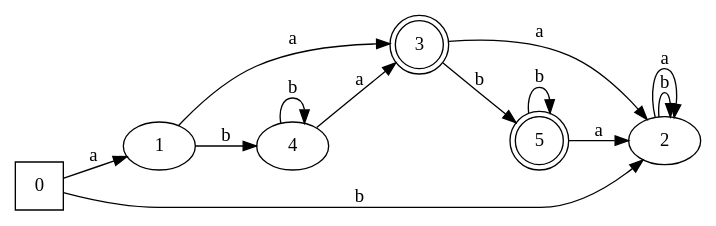
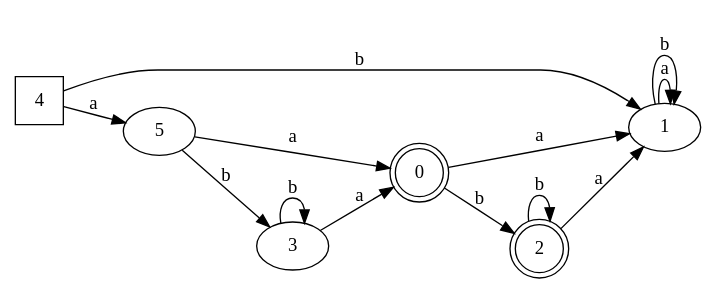
The diagram in graphs/afd/a.(b)*.a.(b)*.dot (jav-ram/compis1), drawn with Graphviz before and after one commit. The commit also changed 34 other files, not shown here.

```diff
--- a/graphs/afd/a.(b)*.a.(b)*.dot
+++ b/graphs/afd/a.(b)*.a.(b)*.dot
@@ -1,22 +1,22 @@
 digraph G {
 	rankdir=LR;
 	0->1[ label=a ];
 	0->2[ label=b ];
-	1->3[ label=a ];
-	1->4[ label=b ];
+	3->3[ label=b ];
+	3->0[ label=a ];
+	2->1[ label=a ];
 	2->2[ label=b ];
-	2->2[ label=a ];
-	3->2[ label=a ];
-	3->5[ label=b ];
-	4->3[ label=a ];
-	4->4[ label=b ];
-	5->2[ label=a ];
-	5->5[ label=b ];
-	0 [ shape=square ];
+	4->5[ label=a ];
+	4->1[ label=b ];
+	5->0[ label=a ];
+	5->3[ label=b ];
+	1->1[ label=a ];
+	1->1[ label=b ];
+	0 [ shape=doublecircle ];
 	1;
-	2;
-	3 [ shape=doublecircle ];
-	4;
-	5 [ shape=doublecircle ];
+	2 [ shape=doublecircle ];
+	3;
+	4 [ shape=square ];
+	5;
 
 }
```
